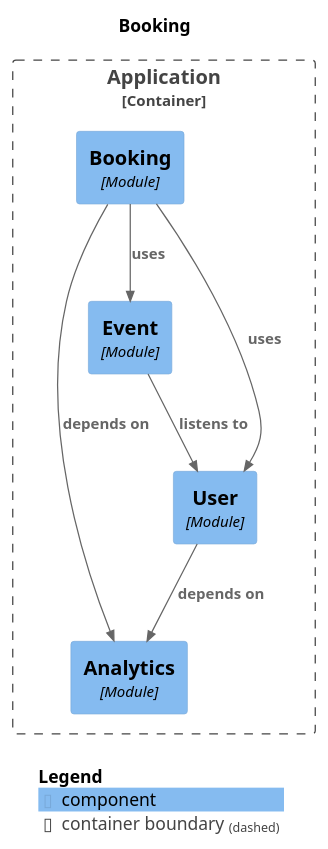
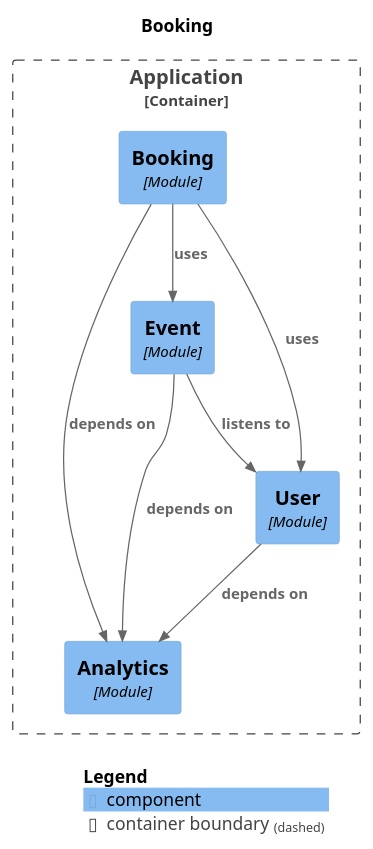
The diagram in documentation/module-booking.puml (Spring-Boot-Microservices-2024/project), drawn with PlantUML before and after one commit. The commit also changed 9 other files, not shown here.

```diff
--- a/documentation/module-booking.puml
+++ b/documentation/module-booking.puml
@@ -1,25 +1,26 @@
 @startuml
 set separator none
 title Booking
 
 top to bottom direction
 
 !include <C4/C4>
 !include <C4/C4_Context>
 !include <C4/C4_Component>
 
 Container_Boundary("Application.Application_boundary", "Application", $tags="") {
   Component(Application.Application.Analytics, "Analytics", $techn="Module", $descr="", $tags="", $link="")
   Component(Application.Application.Booking, "Booking", $techn="Module", $descr="", $tags="", $link="")
   Component(Application.Application.Event, "Event", $techn="Module", $descr="", $tags="", $link="")
   Component(Application.Application.User, "User", $techn="Module", $descr="", $tags="", $link="")
 }
 
+Rel(Application.Application.User, Application.Application.Analytics, "depends on", $techn="", $tags="", $link="")
+Rel(Application.Application.Event, Application.Application.User, "listens to", $techn="", $tags="", $link="")
+Rel(Application.Application.Event, Application.Application.Analytics, "depends on", $techn="", $tags="", $link="")
 Rel(Application.Application.Booking, Application.Application.Analytics, "depends on", $techn="", $tags="", $link="")
 Rel(Application.Application.Booking, Application.Application.Event, "uses", $techn="", $tags="", $link="")
 Rel(Application.Application.Booking, Application.Application.User, "uses", $techn="", $tags="", $link="")
-Rel(Application.Application.User, Application.Application.Analytics, "depends on", $techn="", $tags="", $link="")
-Rel(Application.Application.Event, Application.Application.User, "listens to", $techn="", $tags="", $link="")
 
 SHOW_LEGEND(true)
 @enduml
```
